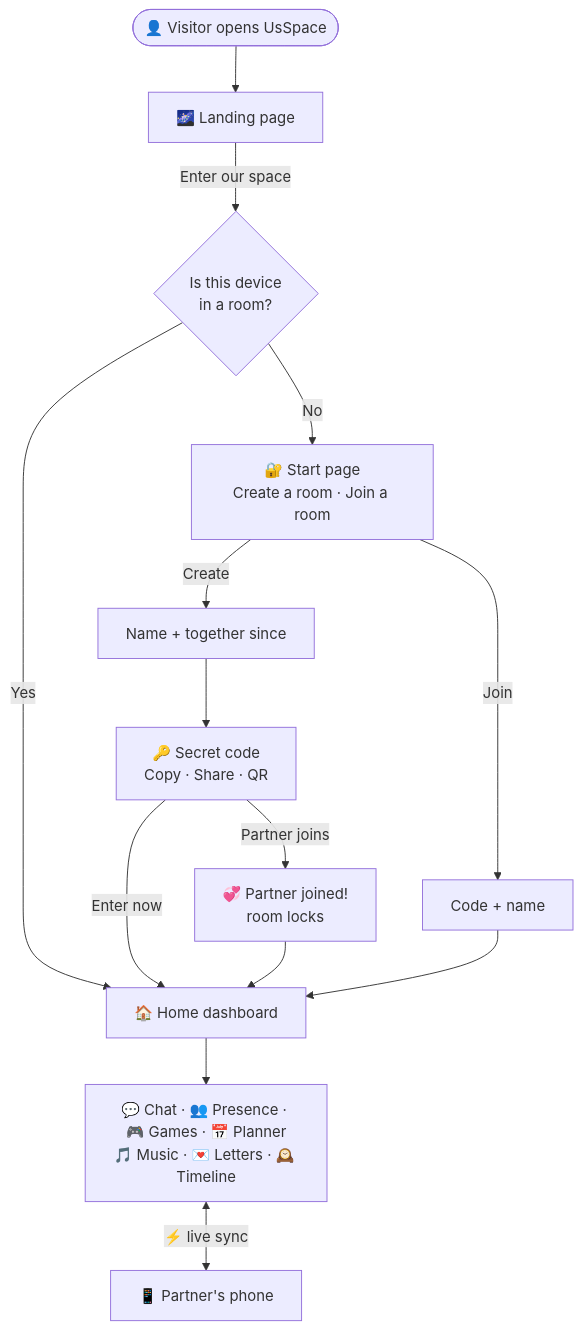
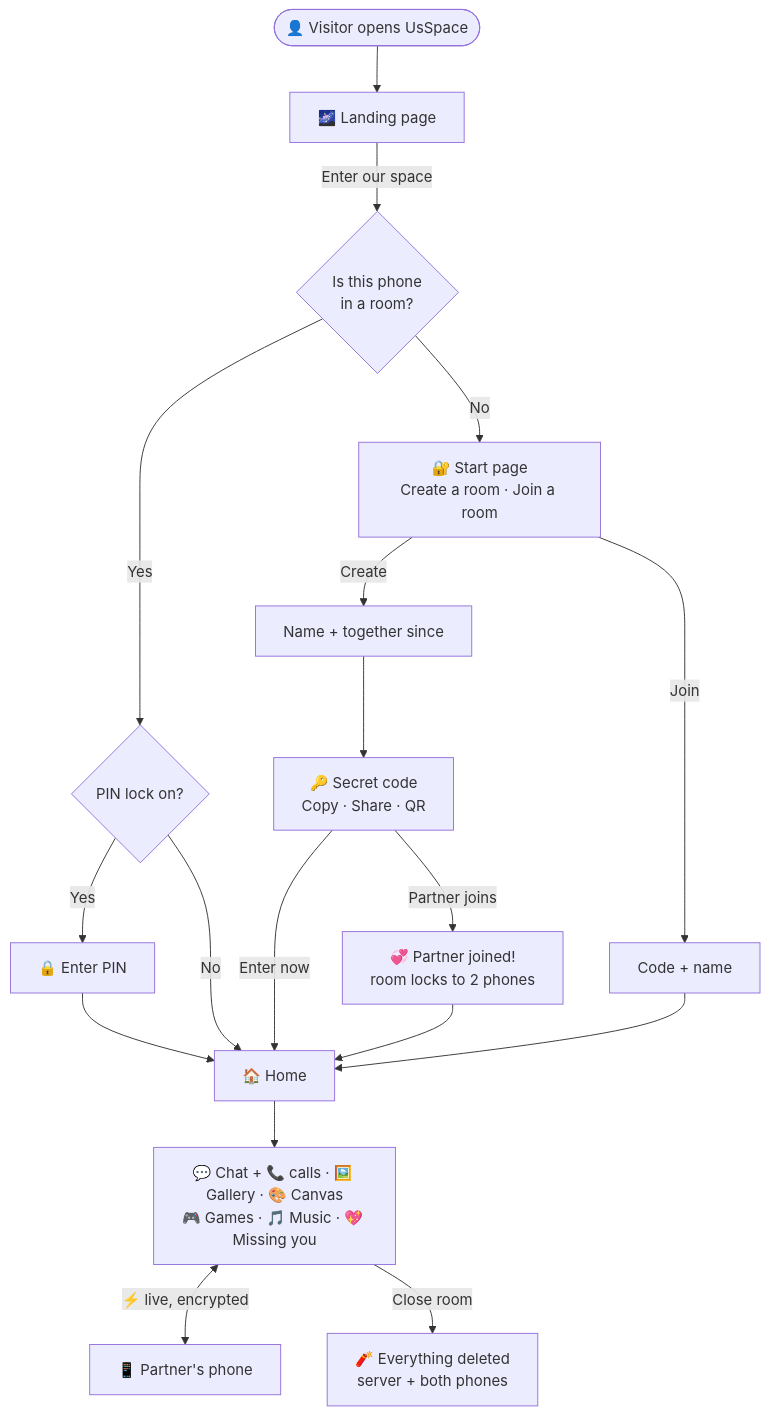
The first of 27 diagrams in front-end/doc/04-flowcharts.md (silent-coder-dev/private-space), drawn with Mermaid before and after one commit. The commit also changed other lines of this file and 144 other files, not shown here.

````diff
--- a/front-end/doc/04-flowcharts.md
+++ b/front-end/doc/04-flowcharts.md
@@ -37,14 +26,17 @@
 ```mermaid
 flowchart TD
     Start(["👤 Visitor opens UsSpace"]) --> Landing["🌌 Landing page"]
-    Landing -->|"Enter our space"| Gate{"Is this device<br/>in a room?"}
-    Gate -->|"Yes"| Home["🏠 Home dashboard"]
+    Landing -->|"Enter our space"| Gate{"Is this phone<br/>in a room?"}
+    Gate -->|"Yes"| Lock{"PIN lock on?"}
+    Lock -->|"Yes"| Pin["🔒 Enter PIN"] --> Home
+    Lock -->|"No"| Home["🏠 Home"]
     Gate -->|"No"| Choose["🔐 Start page<br/>Create a room · Join a room"]
     Choose -->|"Create"| Create["Name + together since"] --> Code["🔑 Secret code<br/>Copy · Share · QR"]
-    Code -->|"Partner joins"| Joined["💞 Partner joined!<br/>room locks"]
+    Code -->|"Partner joins"| Joined["💞 Partner joined!<br/>room locks to 2 phones"]
     Code -->|"Enter now"| Home
     Joined --> Home
     Choose -->|"Join"| Join["Code + name"] --> Home
-    Home --> Rooms["💬 Chat · 👥 Presence · 🎮 Games · 📅 Planner<br/>🎵 Music · 💌 Letters · 🕰️ Timeline"]
-    Rooms <-->|"⚡ live sync"| Partner["📱 Partner's phone"]
+    Home --> Rooms["💬 Chat + 📞 calls · 🖼️ Gallery · 🎨 Canvas<br/>🎮 Games · 🎵 Music · 💖 Missing you"]
+    Rooms <-->|"⚡ live, encrypted"| Partner["📱 Partner's phone"]
+    Rooms -->|"Close room"| Gone["🧨 Everything deleted<br/>server + both phones"]
 ```
````
